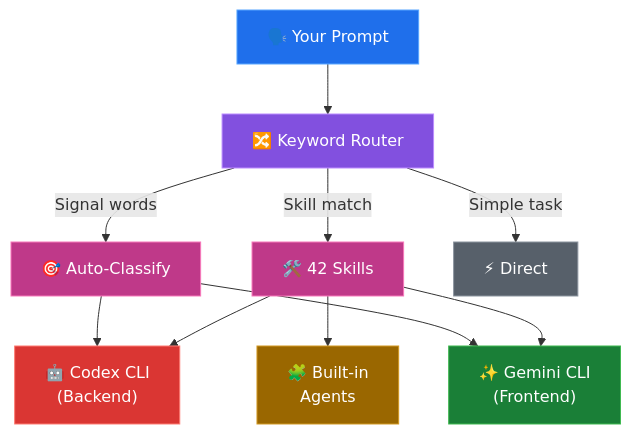
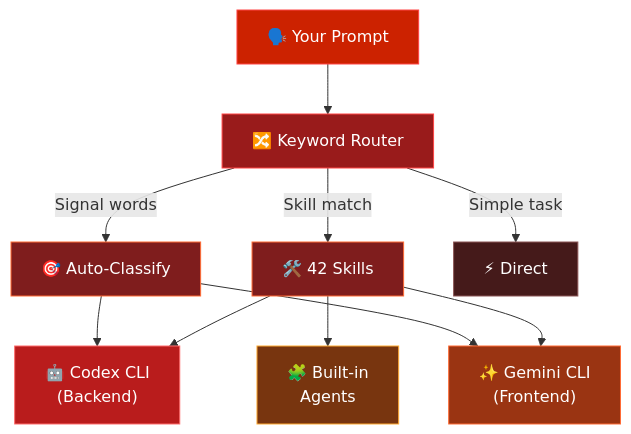
Before and after one commit to staticpayload/claude-forge: the first of 2 diagrams in README.md, drawn with Mermaid. The commit also changed other lines of this file and 3 other files, not shown here.

````diff
--- a/README.md
+++ b/README.md
@@ -104,22 +104,22 @@
 ```mermaid
 flowchart TD
     A["🗣️ Your Prompt"] --> B["🔀 Keyword Router"]
     B --> |"Skill match"| C["🛠️ 42 Skills"]
     B --> |"Signal words"| D["🎯 Auto-Classify"]
     B --> |"Simple task"| E["⚡ Direct"]
 
     C --> F["🤖 Codex CLI\n(Backend)"]
     C --> G["✨ Gemini CLI\n(Frontend)"]
     C --> H["🧩 Built-in\nAgents"]
     D --> F
     D --> G
 
-    style A fill:#1f6feb,stroke:#58a6ff,color:#fff
-    style B fill:#8250df,stroke:#bc8cff,color:#fff
-    style C fill:#bf3989,stroke:#f778ba,color:#fff
-    style D fill:#bf3989,stroke:#f778ba,color:#fff
-    style E fill:#57606a,stroke:#8b949e,color:#fff
-    style F fill:#da3633,stroke:#ff7b72,color:#fff
-    style G fill:#1a7f37,stroke:#3fb950,color:#fff
-    style H fill:#9a6700,stroke:#d29922,color:#fff
+    style A fill:#cc2200,stroke:#ff4444,color:#fff
+    style B fill:#991b1b,stroke:#ff4444,color:#fff
+    style C fill:#7f1d1d,stroke:#ff6b35,color:#fff
+    style D fill:#7f1d1d,stroke:#ff6b35,color:#fff
+    style E fill:#451a1a,stroke:#8b5555,color:#fff
+    style F fill:#b91c1c,stroke:#ff6b6b,color:#fff
+    style G fill:#9a3412,stroke:#ff6b35,color:#fff
+    style H fill:#78350f,stroke:#ffaa33,color:#fff
 ```
````
